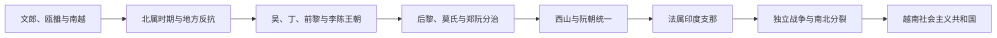
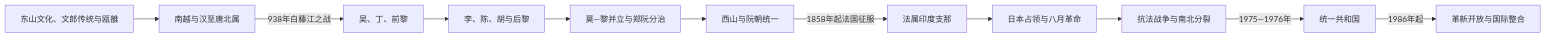
Before and after one commit to tianlan-dev/learning-notes: the diagram in 人文科学/历史/东南亚/越南/README.md, drawn with Mermaid. The commit also changed other lines of this file and 1417 other files, not shown here.

````diff
--- a/人文科学/历史/东南亚/越南/README.md
+++ b/人文科学/历史/东南亚/越南/README.md
@@ -9,10 +9,13 @@
 ```mermaid
 flowchart LR
-    A["文郎、瓯雒与南越"] --> B["北属时期与地方反抗"]
-    B --> C["吴、丁、前黎与李陈王朝"]
-    C --> D["后黎、莫氏与郑阮分治"]
-    D --> E["西山与阮朝统一"]
-    E --> F["法属印度支那"]
-    F --> G["独立战争与南北分裂"]
-    G --> H["越南社会主义共和国"]
+    A["东山文化、文郎传统与瓯雒"] --> B["南越与汉至唐北属"]
+    B -->|938年白藤江之战| C["吴、丁、前黎"]
+    C --> D["李、陈、胡与后黎"]
+    D --> E["莫—黎并立与郑阮分治"]
+    E --> F["西山与阮朝统一"]
+    F -->|1858年起法国征服| G["法属印度支那"]
+    G --> H["日本占领与八月革命"]
+    H --> I["抗法战争与南北分裂"]
+    I -->|1975—1976年| J["统一共和国"]
+    J -->|1986年起| K["革新开放与国际整合"]
 ```
````
